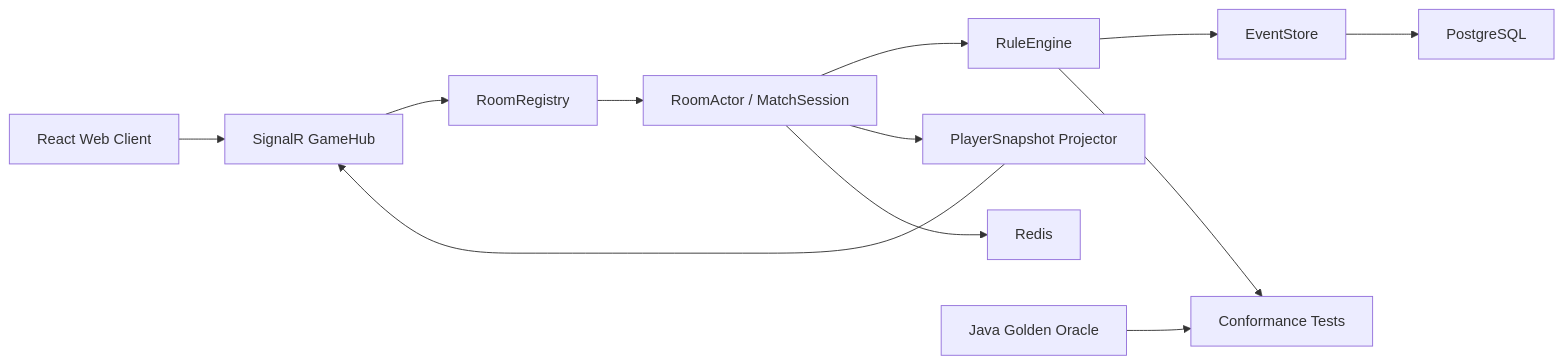
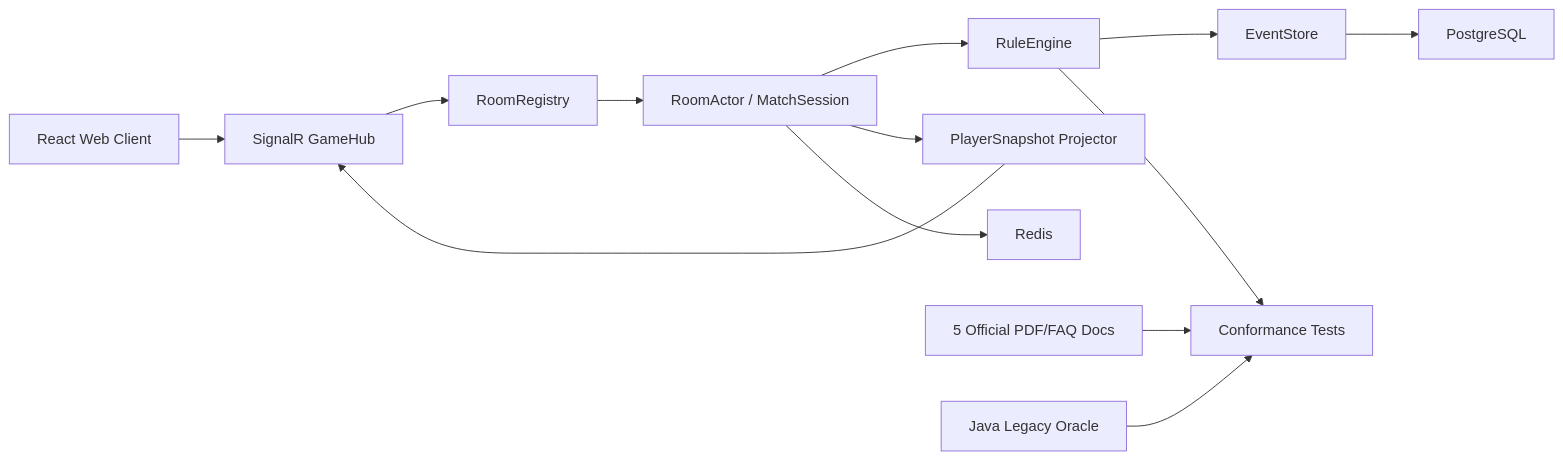
The diagram in docs/master-development-plan.md (DDDHL0704/riftbound), drawn with Mermaid before and after one commit. The commit also changed other lines of this file and 6 other files, not shown here.

Commit message:
docs: define pdf faq rule authority

````diff
--- a/docs/master-development-plan.md
+++ b/docs/master-development-plan.md
@@ -31,14 +31,15 @@
 ```mermaid
 flowchart LR
   Client["React Web Client"] --> GameHub["SignalR GameHub"]
   GameHub --> RoomRegistry["RoomRegistry"]
   RoomRegistry --> MatchSession["RoomActor / MatchSession"]
   MatchSession --> RuleEngine["RuleEngine"]
   RuleEngine --> EventStore["EventStore"]
   EventStore --> PostgreSQL["PostgreSQL"]
   MatchSession --> SnapshotProjector["PlayerSnapshot Projector"]
   MatchSession --> Redis["Redis"]
   SnapshotProjector --> GameHub
-  JavaOracle["Java Golden Oracle"] --> Conformance["Conformance Tests"]
+  RulesPdf["5 Official PDF/FAQ Docs"] --> Conformance["Conformance Tests"]
+  JavaOracle["Java Legacy Oracle"] --> Conformance
   RuleEngine --> Conformance
 ```
````
